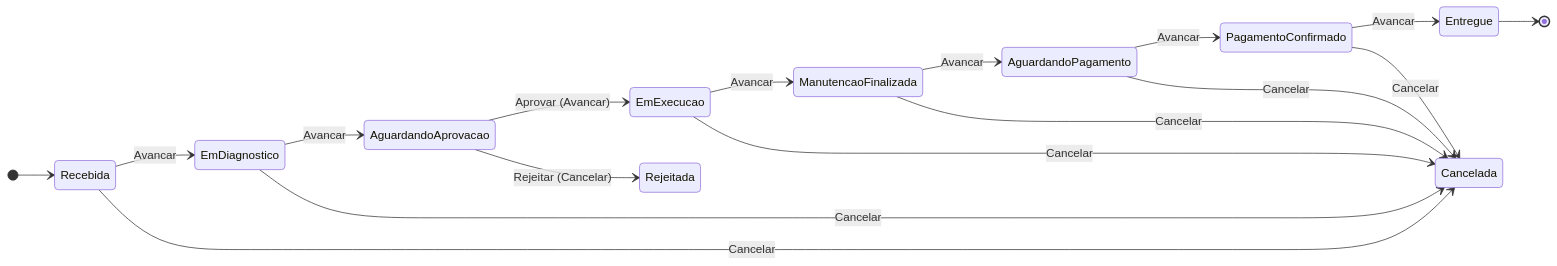
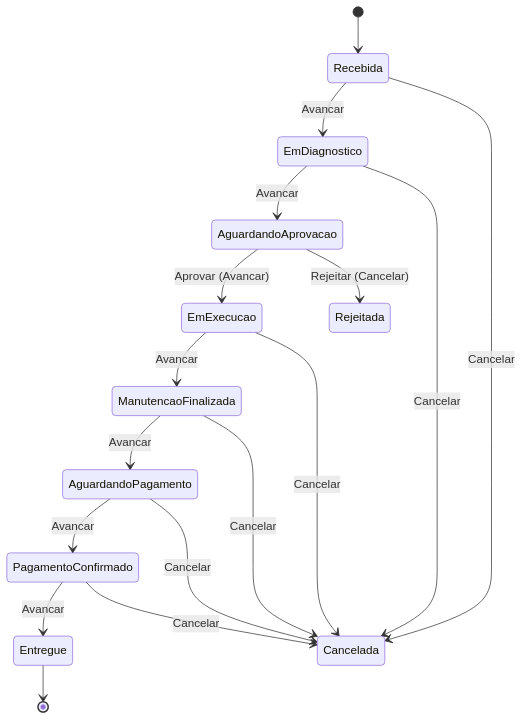
One commit to fiap-challenge-13soat/mecanica-hermes-api-ordem-servico changed the diagram in docs/service-order-flow.md. Above: the diagram before and after it, drawn with Mermaid. The commit also changed 8 other files, not shown here.

````diff
--- a/docs/service-order-flow.md
+++ b/docs/service-order-flow.md
@@ -9,21 +9,20 @@
 ```mermaid
 stateDiagram-v2
-    direction LR
     [*] --> Recebida
     Recebida --> EmDiagnostico : Avancar
     EmDiagnostico --> AguardandoAprovacao : Avancar
     AguardandoAprovacao --> EmExecucao : Aprovar (Avancar)
     AguardandoAprovacao --> Rejeitada : Rejeitar (Cancelar)
     EmExecucao --> ManutencaoFinalizada : Avancar
     ManutencaoFinalizada --> AguardandoPagamento : Avancar
     AguardandoPagamento --> PagamentoConfirmado : Avancar
     PagamentoConfirmado --> Entregue : Avancar
     Entregue --> [*]
 
     Recebida --> Cancelada : Cancelar
     EmDiagnostico --> Cancelada : Cancelar
     EmExecucao --> Cancelada : Cancelar
     ManutencaoFinalizada --> Cancelada : Cancelar
     AguardandoPagamento --> Cancelada : Cancelar
     PagamentoConfirmado --> Cancelada : Cancelar
 ```
````
